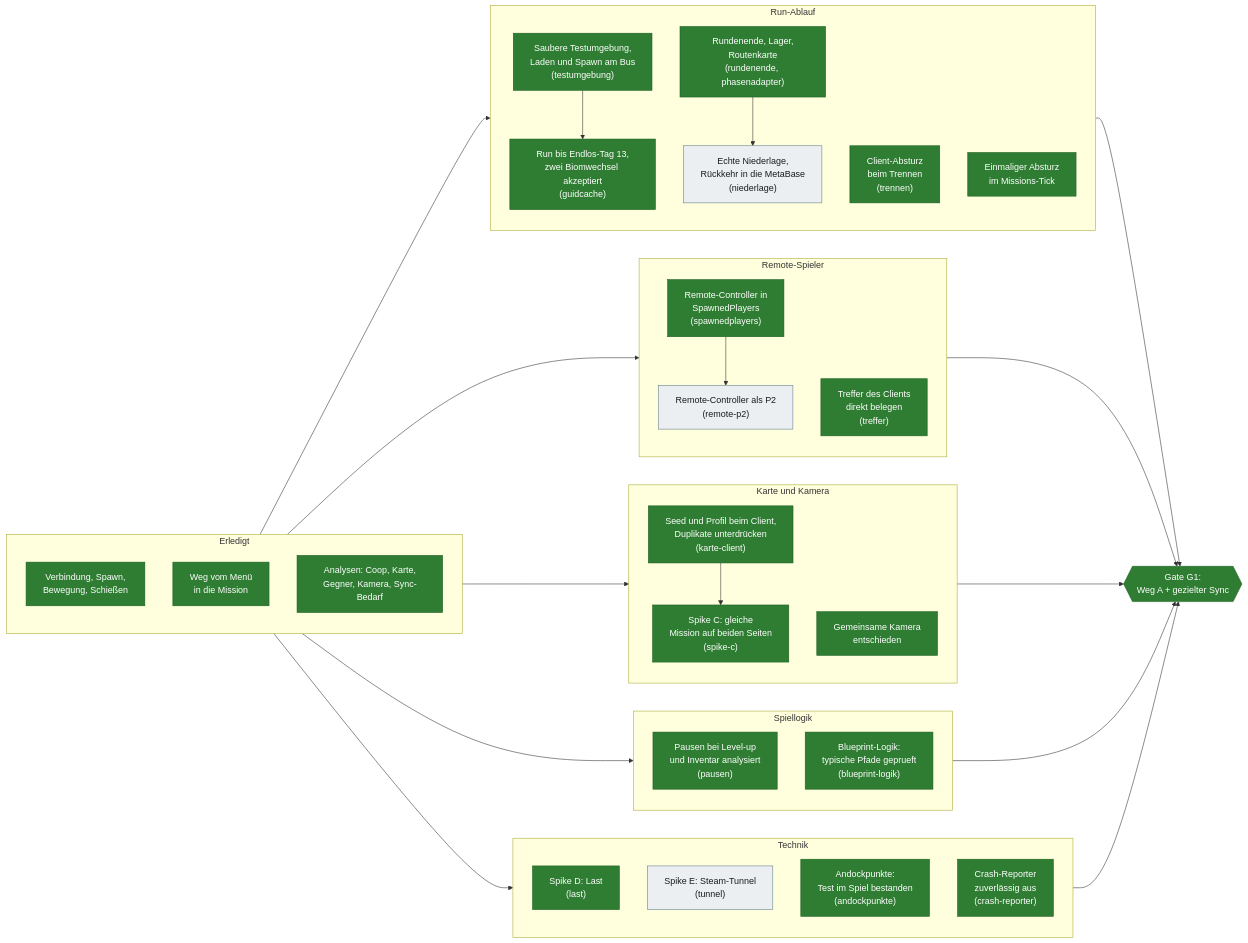
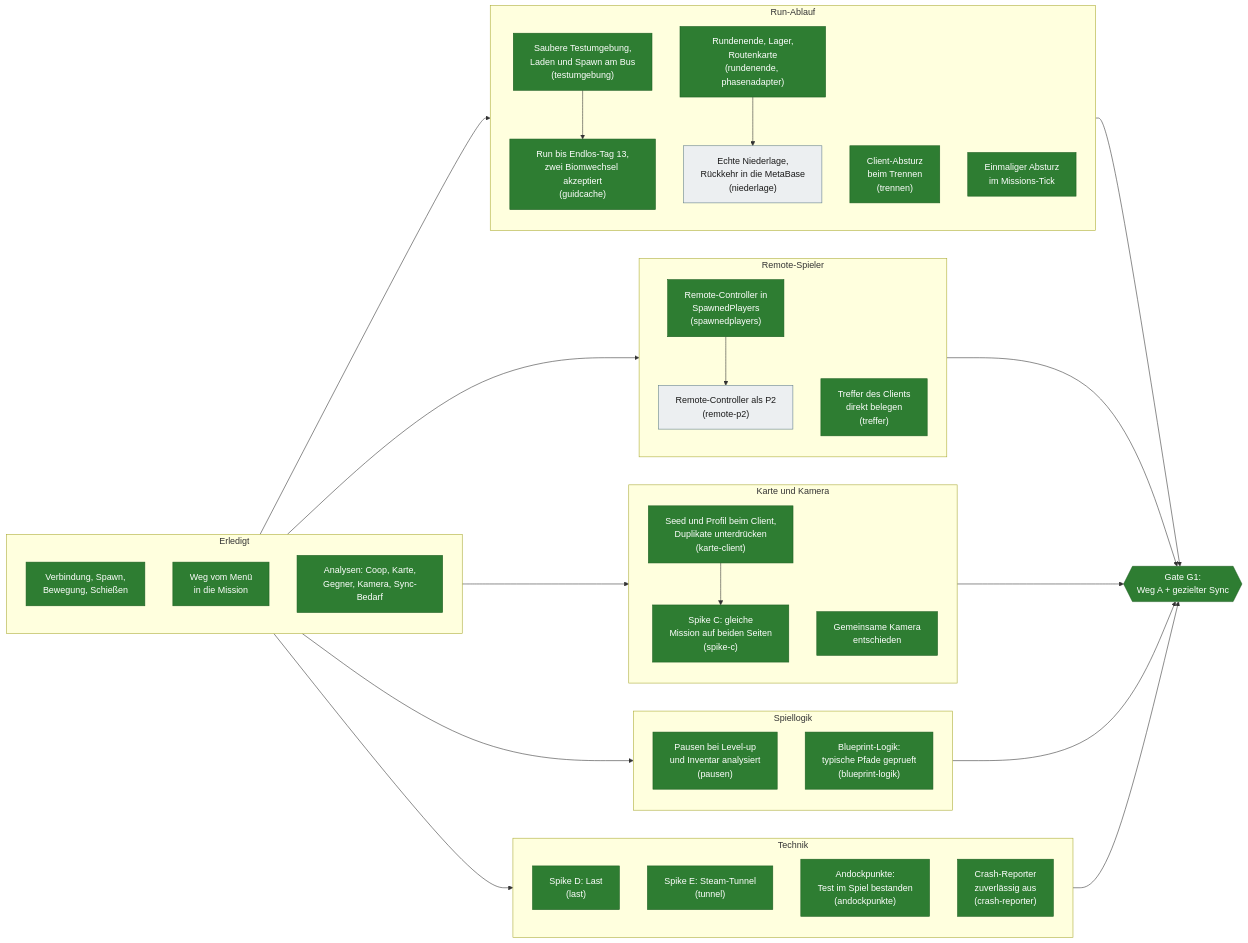
One commit to VitaminStack/Deadly-Days-Roadtrip-Multiplayer-Mod changed the second of 4 diagrams in docs/ROADMAP.md. Above: the diagram before and after it, drawn with Mermaid. The commit also changed 9 other files, not shown here.

First line of the commit message:
tunnel: Spielverkehr ueber Steam Networking tunneln (Spike E) (#72)

````diff
--- a/docs/ROADMAP.md
+++ b/docs/ROADMAP.md
@@ -80,66 +80,66 @@
 ```mermaid
 flowchart LR
     subgraph BASIS["Erledigt"]
         A1["Verbindung, Spawn,<br/>Bewegung, Schießen"]:::done
         A2["Weg vom Menü<br/>in die Mission"]:::done
         A3["Analysen: Coop, Karte,<br/>Gegner, Kamera, Sync-Bedarf"]:::done
     end
 
     subgraph RUN["Run-Ablauf"]
         TE["Saubere Testumgebung,<br/>Laden und Spawn am Bus<br/>(testumgebung)"]:::done
         T3["Run bis Endlos-Tag 13,<br/>zwei Biomwechsel akzeptiert<br/>(guidcache)"]:::done
         TE --> T3
         RE["Rundenende, Lager,<br/>Routenkarte<br/>(rundenende, phasenadapter)"]:::done
         NI["Echte Niederlage,<br/>Rückkehr in die MetaBase<br/>(niederlage)"]:::open
         TR["Client-Absturz<br/>beim Trennen<br/>(trennen)"]:::done
         MT["Einmaliger Absturz<br/>im Missions-Tick"]:::done
         RE --> NI
     end
 
     subgraph SPIELER["Remote-Spieler"]
         SP["Remote-Controller in<br/>SpawnedPlayers<br/>(spawnedplayers)"]:::done
         RP["Remote-Controller als P2<br/>(remote-p2)"]:::open
         TF["Treffer des Clients<br/>direkt belegen<br/>(treffer)"]:::done
         SP --> RP
     end
 
     subgraph WELT["Karte und Kamera"]
         KC["Seed und Profil beim Client,<br/>Duplikate unterdrücken<br/>(karte-client)"]:::done
         SC["Spike C: gleiche<br/>Mission auf beiden Seiten<br/>(spike-c)"]:::done
         KE["Gemeinsame Kamera<br/>entschieden"]:::done
         KC --> SC
     end
 
     subgraph LOGIK["Spiellogik"]
         PA["Pausen bei Level-up<br/>und Inventar analysiert<br/>(pausen)"]:::done
         BP["Blueprint-Logik:<br/>typische Pfade geprueft<br/>(blueprint-logik)"]:::done
     end
 
     subgraph TECHNIK["Technik"]
         LA["Spike D: Last<br/>(last)"]:::done
-        TU["Spike E: Steam-Tunnel<br/>(tunnel)"]:::open
+        TU["Spike E: Steam-Tunnel<br/>(tunnel)"]:::done
         AP["Andockpunkte:<br/>Test im Spiel bestanden<br/>(andockpunkte)"]:::done
         CR["Crash-Reporter<br/>zuverlässig aus<br/>(crash-reporter)"]:::done
     end
 
     BASIS --> RUN
     BASIS --> SPIELER
     BASIS --> WELT
     BASIS --> LOGIK
     BASIS --> TECHNIK
 
     RUN --> G1
     SPIELER --> G1
     WELT --> G1
     LOGIK --> G1
     TECHNIK --> G1
 
     G1{{"Gate G1:<br/>Weg A + gezielter Sync"}}:::done
 
     classDef done fill:#2e7d32,stroke:#1b5e20,color:#ffffff
     classDef wip fill:#f9a825,stroke:#b27a00,color:#1a1a1a
     classDef open fill:#eceff1,stroke:#607d8b,color:#1a1a1a
     classDef blocker fill:#c62828,stroke:#7f1d1d,color:#ffffff
     classDef decision fill:#ef6c00,stroke:#a34800,color:#ffffff
     classDef gate fill:#6a1b9a,stroke:#3e1163,color:#ffffff
 ```
````
